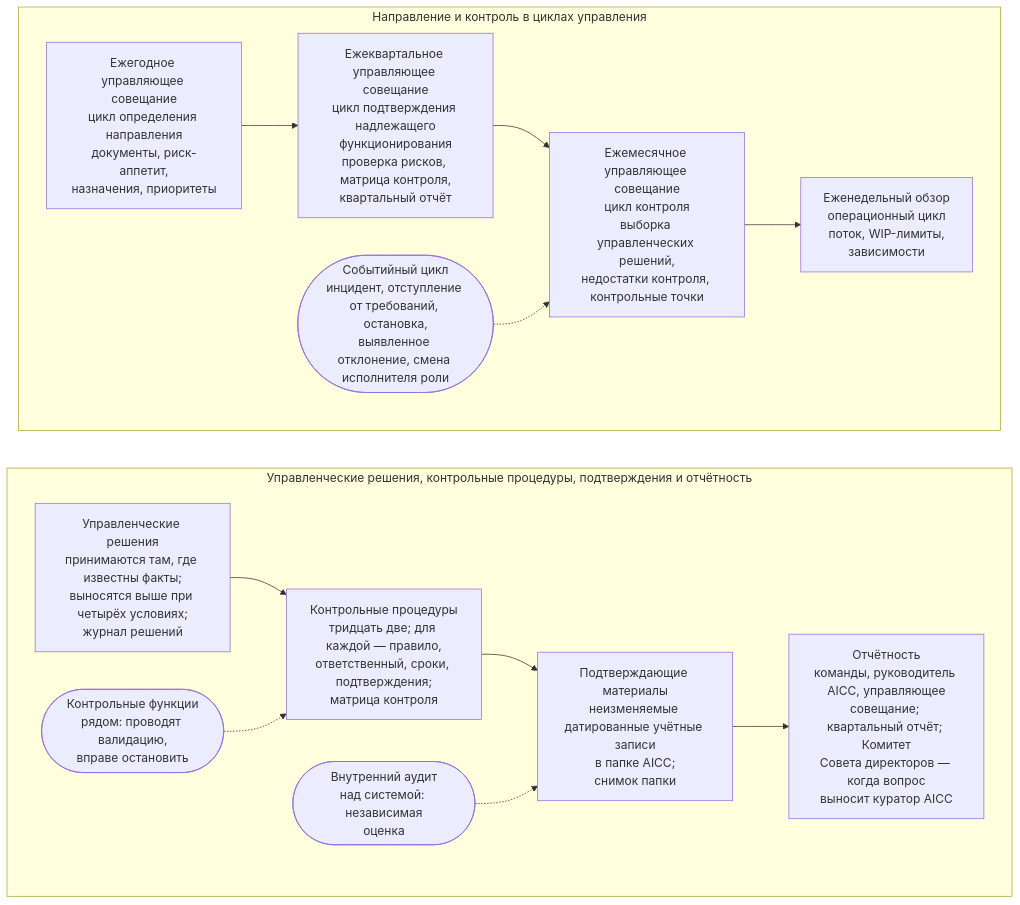
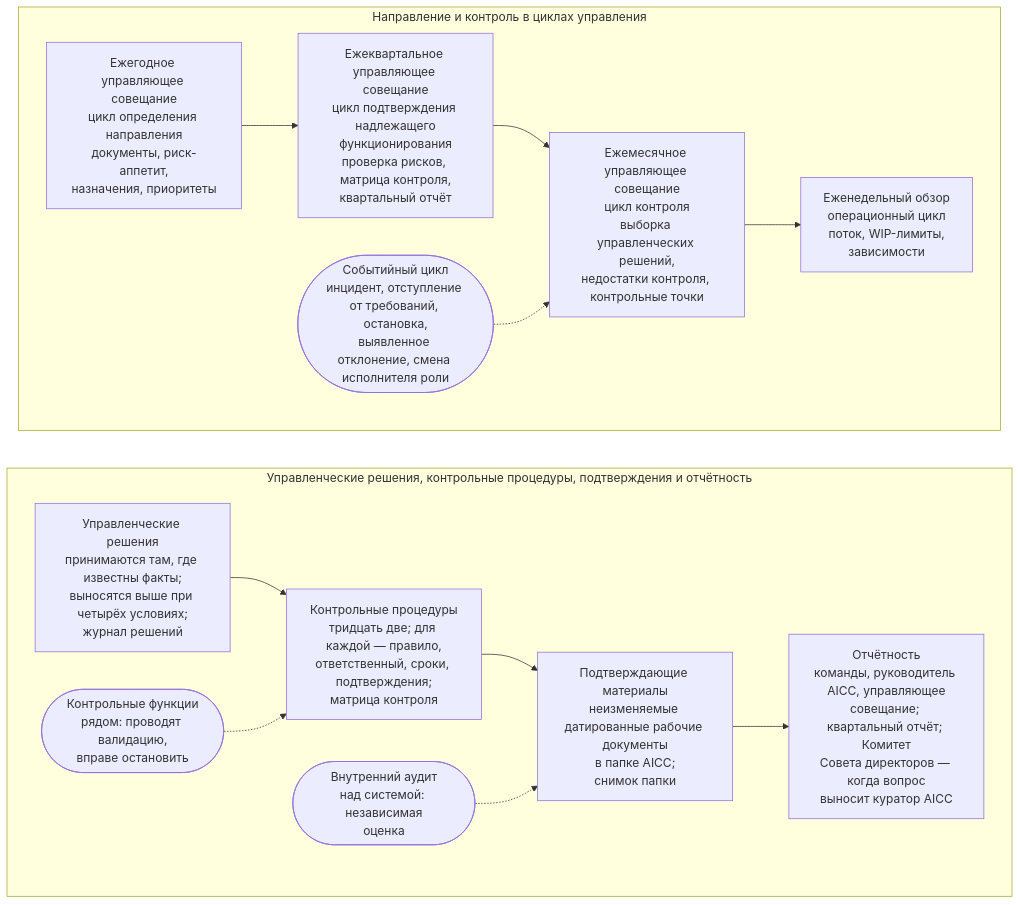
The diagram in portal/content/ru/governance/overview.md (devhogu/ob-aicc), drawn with Mermaid before and after one commit. The commit also changed other lines of this file and 300 other files, not shown here.

First line of the commit message:
Russian edition: a Record is «рабочий документ»; the charter's documents are «нормативные документы»

````diff
--- a/portal/content/ru/governance/overview.md
+++ b/portal/content/ru/governance/overview.md
@@ -15,19 +15,19 @@
 ```mermaid
 flowchart TB
   subgraph ROW1["Направление и контроль в циклах управления"]
     direction LR
     Y["Ежегодное управляющее совещание<br/>цикл определения направления<br/>документы, риск-аппетит,<br/>назначения, приоритеты"] --> Q["Ежеквартальное управляющее совещание<br/>цикл подтверждения надлежащего<br/>функционирования<br/>проверка рисков, матрица контроля,<br/>квартальный отчёт"]
     Q --> M["Ежемесячное управляющее совещание<br/>цикл контроля<br/>выборка управленческих решений,<br/>недостатки контроля, контрольные точки"]
     M --> W["Еженедельный обзор<br/>операционный цикл<br/>поток, WIP-лимиты,<br/>зависимости"]
     E(["Событийный цикл<br/>инцидент, отступление от требований, остановка,<br/>выявленное отклонение, смена исполнителя роли"]) -.-> M
   end
   subgraph ROW2["Управленческие решения, контрольные процедуры, подтверждения и отчётность"]
     direction LR
     D["Управленческие решения<br/>принимаются там, где известны факты;<br/>выносятся выше при четырёх условиях;<br/>журнал решений"] --> C["Контрольные процедуры<br/>тридцать две; для каждой — правило,<br/>ответственный, сроки, подтверждения;<br/>матрица контроля"]
-    C --> R["Подтверждающие материалы<br/>неизменяемые датированные учётные записи<br/>в папке AICC;<br/>снимок папки"]
+    C --> R["Подтверждающие материалы<br/>неизменяемые датированные рабочие документы<br/>в папке AICC;<br/>снимок папки"]
     R --> B["Отчётность<br/>команды, руководитель AICC, управляющее<br/>совещание; квартальный отчёт; Комитет<br/>Совета директоров — когда вопрос<br/>выносит куратор AICC"]
     CF(["Контрольные функции<br/>рядом: проводят валидацию,<br/>вправе остановить"]) -.-> C
     IA(["Внутренний аудит<br/>над системой: независимая<br/>оценка"]) -.-> R
   end
   ROW1 ~~~ ROW2
 ```
````
